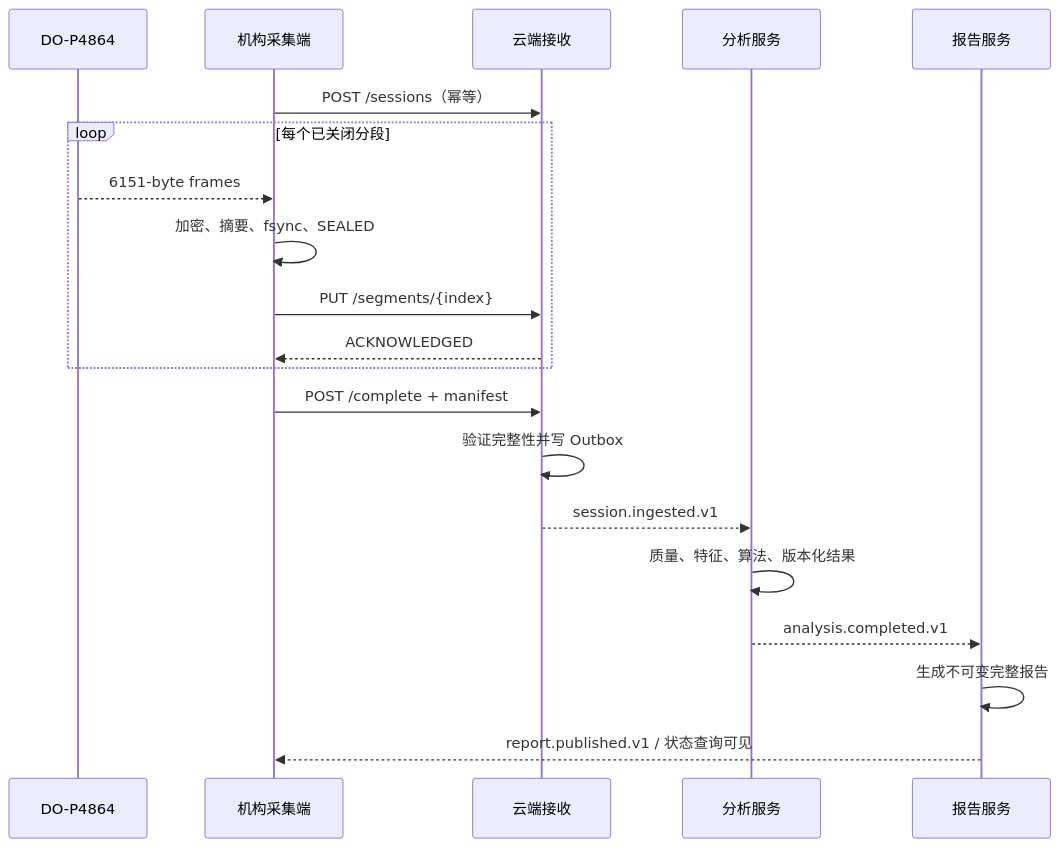
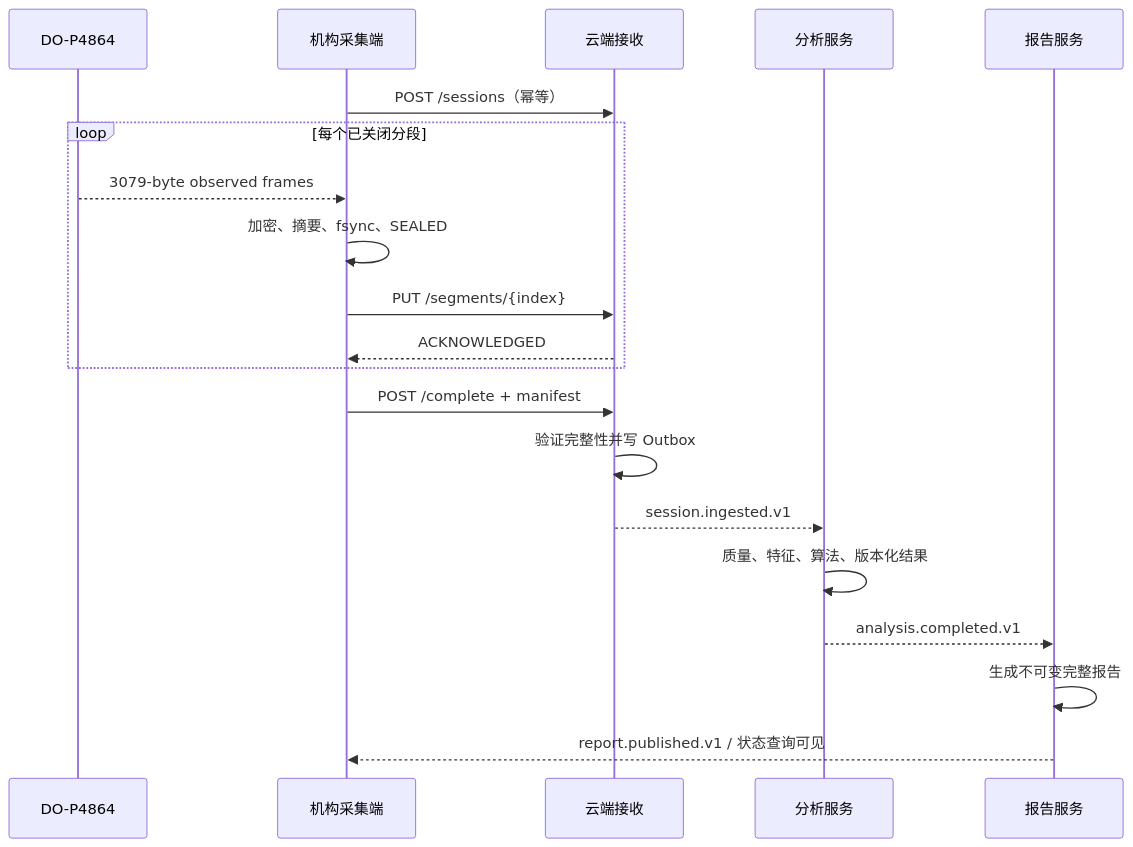
The second of 3 diagrams in docs/通信接口设计文档.md (RGu0/feet-force-plate), drawn with Mermaid before and after one commit. The commit also changed other lines of this file and 6 other files, not shown here.

Commit message:
Adopt observed 3079 byte frame contract

````diff
--- a/docs/通信接口设计文档.md
+++ b/docs/通信接口设计文档.md
@@ -653,22 +668,22 @@
 ```mermaid
 sequenceDiagram
     participant D as DO-P4864
     participant C as 机构采集端
     participant I as 云端接收
     participant A as 分析服务
     participant R as 报告服务
     C->>I: POST /sessions（幂等）
     loop 每个已关闭分段
-        D-->>C: 6151-byte frames
+        D-->>C: 3079-byte observed frames
         C->>C: 加密、摘要、fsync、SEALED
         C->>I: PUT /segments/{index}
         I-->>C: ACKNOWLEDGED
     end
     C->>I: POST /complete + manifest
     I->>I: 验证完整性并写 Outbox
     I-->>A: session.ingested.v1
     A->>A: 质量、特征、算法、版本化结果
     A-->>R: analysis.completed.v1
     R->>R: 生成不可变完整报告
     R-->>C: report.published.v1 / 状态查询可见
 ```
````
